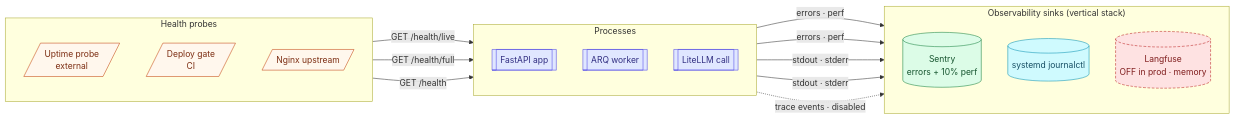
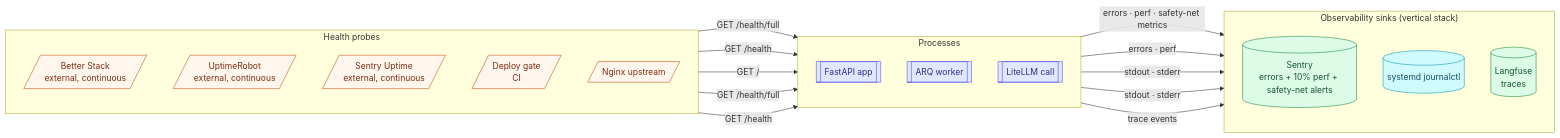
One commit to digibranders/oye-chats-platform changed the diagram in docs/system-design/docs/08-cross-cutting/observability.md. Above: the diagram before and after it, drawn with Mermaid. The commit also changed other lines of this file, not shown here.

First line of the commit message:
docs(ai-review): AR-14 — correct observability doc on external monitors and Langfuse status

````diff
--- a/docs/system-design/docs/08-cross-cutting/observability.md
+++ b/docs/system-design/docs/08-cross-cutting/observability.md
@@ -11,45 +11,49 @@
 ```mermaid
 ---
 config:
   flowchart:
     nodeSpacing: 50
     rankSpacing: 70
 ---
 flowchart LR
     classDef proc fill:#e0e7ff,stroke:#4f46e5,color:#312e81
     classDef probe fill:#fff7ed,stroke:#c2410c,color:#7c2d12
     classDef ok fill:#dcfce7,stroke:#15803d,color:#14532d
     classDef off fill:#fee2e2,stroke:#b91c1c,color:#7f1d1d,stroke-dasharray:5 3
     classDef log fill:#cffafe,stroke:#0891b2,color:#164e63
 
     subgraph Procs["Processes"]
       direction TB
       API[["FastAPI app"]]:::proc
       Worker[["ARQ worker"]]:::proc
       LLM[["LiteLLM call"]]:::proc
     end
 
     subgraph Probes["Health probes"]
       direction TB
-      UpDown[/"Uptime probe<br/>external"/]:::probe
+      BetterStack[/"Better Stack<br/>external, continuous"/]:::probe
+      UptimeRobot[/"UptimeRobot<br/>external, continuous"/]:::probe
+      SentryUp[/"Sentry Uptime<br/>external, continuous"/]:::probe
       Deploy[/"Deploy gate<br/>CI"/]:::probe
       Nginx[/"Nginx upstream"/]:::probe
     end
 
     subgraph Sinks["Observability sinks (vertical stack)"]
       direction TB
-      Sentry[("Sentry<br/>errors + 10% perf")]:::ok
+      Sentry[("Sentry<br/>errors + 10% perf + safety-net alerts")]:::ok
       Journal[("systemd journalctl")]:::log
-      Langfuse[("Langfuse<br/>OFF in prod · memory")]:::off
+      Langfuse[("Langfuse<br/>traces")]:::ok
     end
 
-    API -- "errors · perf" --> Sentry
+    API -- "errors · perf · safety-net metrics" --> Sentry
     Worker -- "errors · perf" --> Sentry
     API -- "stdout · stderr" --> Journal
     Worker -- "stdout · stderr" --> Journal
-    LLM -. "trace events · disabled" .-> Langfuse
+    LLM -- "trace events" --> Langfuse
 
-    UpDown -- "GET /health/live" --> API
+    BetterStack -- "GET /health/full" --> API
+    UptimeRobot -- "GET /health" --> API
+    SentryUp -- "GET /" --> API
     Deploy -- "GET /health/full" --> API
     Nginx -- "GET /health" --> API
 ```
````
